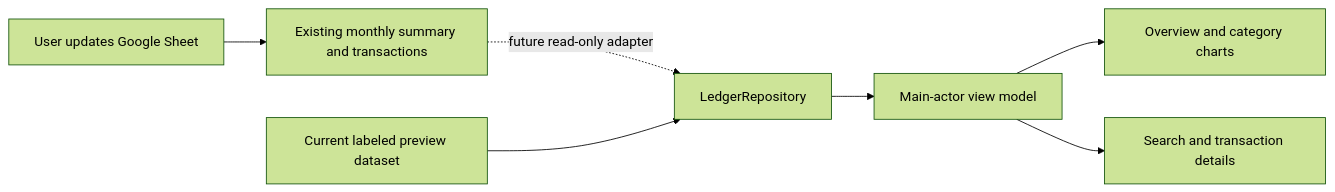
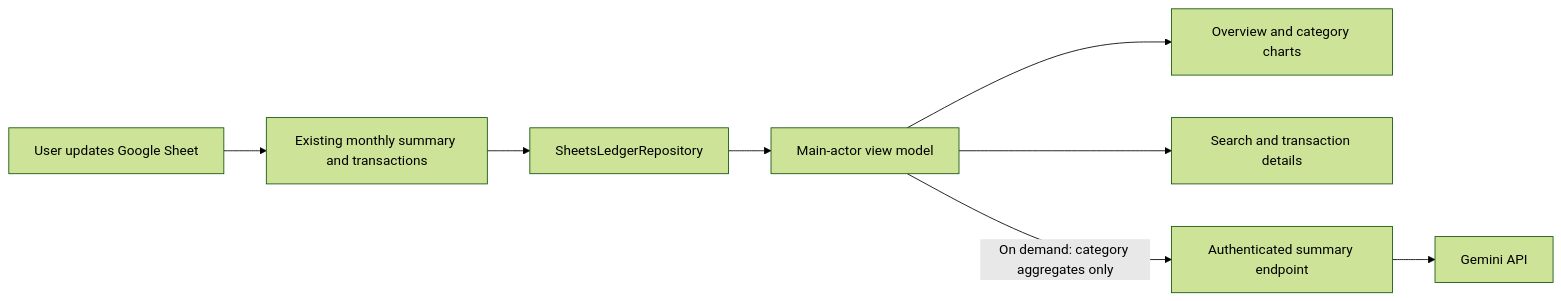
One commit to ash010413/splitwise-ledger changed the first of 2 diagrams in docs/architecture.md. Above: the diagram before and after it, drawn with Mermaid (forest theme). The commit also changed other lines of this file and 14 other files, not shown here.

Commit message:
Connect live Sheets, interactive charts and Gemini spending summaries

````diff
--- a/docs/architecture.md
+++ b/docs/architecture.md
@@ -10,9 +10,10 @@
 ```mermaid
 flowchart LR
     Manual[User updates Google Sheet] --> Sheet[Existing monthly summary and transactions]
-    Sheet -. future read-only adapter .-> Repository[LedgerRepository]
-    Preview[Current labeled preview dataset] --> Repository
+    Sheet --> Repository[SheetsLedgerRepository]
     Repository --> Model[Main-actor view model]
     Model --> Dashboard[Overview and category charts]
     Model --> Activity[Search and transaction details]
+    Model -->|On demand: category aggregates only| Backend[Authenticated summary endpoint]
+    Backend --> Gemini[Gemini API]
 ```
````
